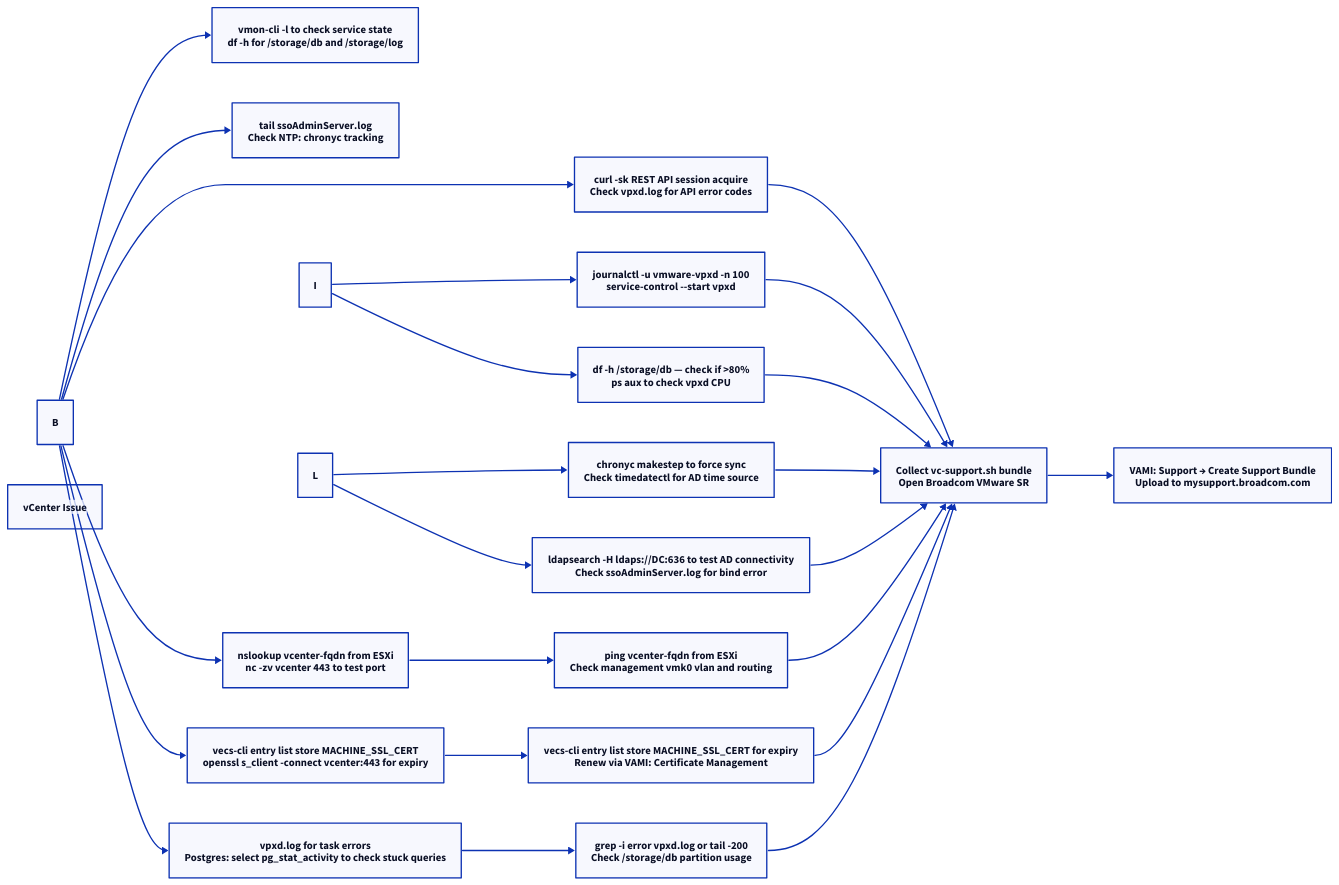
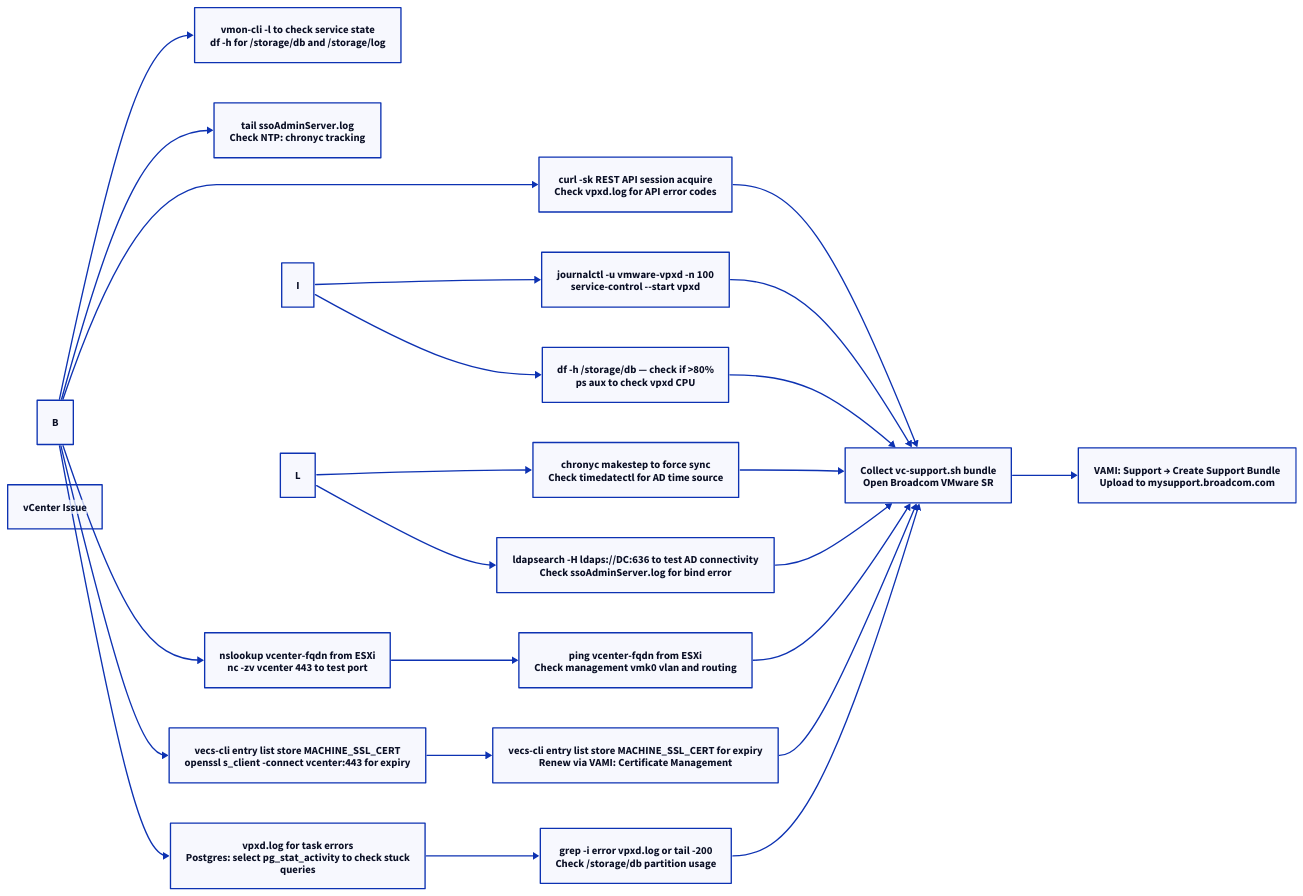
One commit to canast01/chris-kb changed the first of 2 diagrams in docs/virtualization/vmware/vcenter/troubleshooting/diagnostics.md. Above: the diagram before and after it, drawn with D2. The commit also changed 192 other files, not shown here.

````diff
--- a/docs/virtualization/vmware/vcenter/troubleshooting/diagnostics.md
+++ b/docs/virtualization/vmware/vcenter/troubleshooting/diagnostics.md
@@ -19,46 +19,46 @@
 ```d2
 direction: right
 
 B: "B" {shape: rectangle}
 C: "vmon-cli -l to check service state\ndf -h for /storage/db and /storage/log" {shape: rectangle}
 D: "tail ssoAdminServer.log\nCheck NTP: chronyc tracking" {shape: rectangle}
 E: "nslookup vcenter-fqdn from ESXi\nnc -zv vcenter 443 to test port" {shape: rectangle}
 F: "vecs-cli entry list store MACHINE_SSL_CERT\nopenssl s_client -connect vcenter:443 for expiry" {shape: rectangle}
-G: "vpxd.log for task errors\nPostgres: select pg_stat_activity to check stuck queries" {shape: rectangle}
+G: "vpxd.log for task errors\nPostgres: select pg_stat_activity to check stuck\nqueries" {shape: rectangle}
 H: "curl -sk REST API session acquire\nCheck vpxd.log for API error codes" {shape: rectangle}
 I: "I" {shape: rectangle}
 J: "journalctl -u vmware-vpxd -n 100\nservice-control --start vpxd" {shape: rectangle}
 K: "df -h /storage/db — check if >80%\nps aux to check vpxd CPU" {shape: rectangle}
 L: "L" {shape: rectangle}
 M: "chronyc makestep to force sync\nCheck timedatectl for AD time source" {shape: rectangle}
 N: "ldapsearch -H ldaps://DC:636 to test AD connectivity\nCheck ssoAdminServer.log for bind error" {shape: rectangle}
 O: "ping vcenter-fqdn from ESXi\nCheck management vmk0 vlan and routing" {shape: rectangle}
 P: "vecs-cli entry list store MACHINE_SSL_CERT for expiry\nRenew via VAMI: Certificate Management" {shape: rectangle}
 Q: "grep -i error vpxd.log or tail -200\nCheck /storage/db partition usage" {shape: rectangle}
 R: "Collect vc-support.sh bundle\nOpen Broadcom VMware SR" {shape: rectangle}
 S: "VAMI: Support → Create Support Bundle\nUpload to mysupport.broadcom.com" {shape: rectangle}
 A: "vCenter Issue" {shape: rectangle}
 
 B -> C
 B -> D
 B -> E
 B -> F
 B -> G
 B -> H
 I -> J
 I -> K
 L -> M
 L -> N
 E -> O
 F -> P
 G -> Q
 H -> R
 J -> R
 K -> R
 M -> R
 N -> R
 O -> R
 P -> R
 Q -> R
 R -> S
 ```
````
